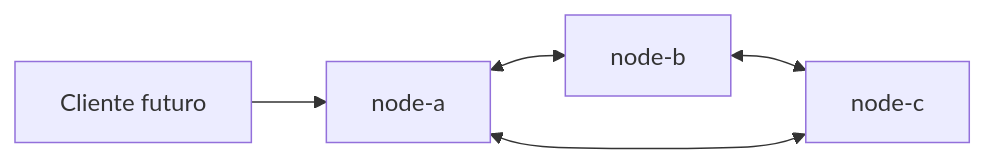
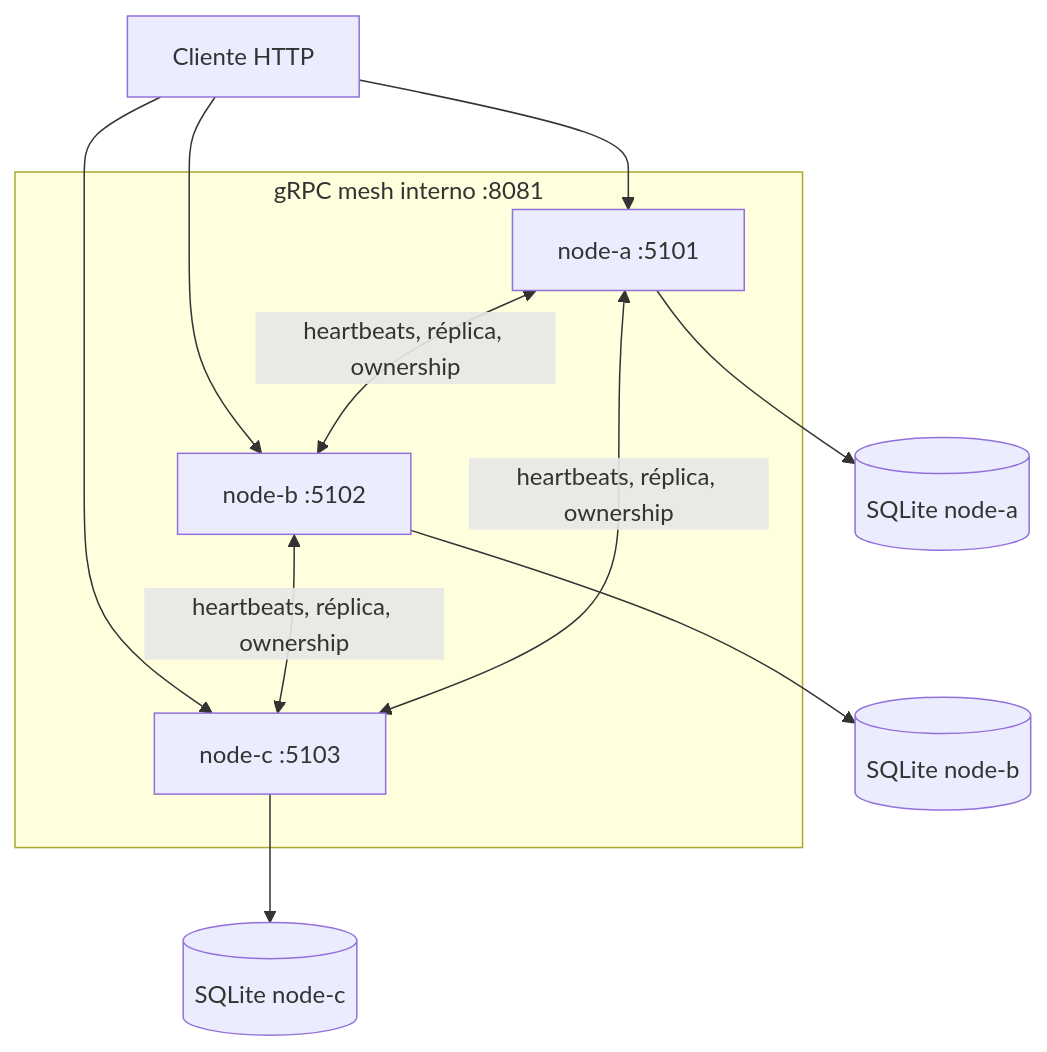
One commit to JuanJosec202/SolidarityGrid changed the diagram in README.md. Above: the diagram before and after it, drawn with Mermaid. The commit also changed other lines of this file and 9 other files, not shown here.

````diff
--- a/README.md
+++ b/README.md
@@ -397,7 +87,16 @@
 ```mermaid
-graph LR
-    Client[Cliente futuro] --> A[node-a]
-    A <--> B[node-b]
-    B <--> C[node-c]
-    C <--> A
+flowchart TB
+    Client[Cliente HTTP] --> A[node-a :5101]
+    Client --> B[node-b :5102]
+    Client --> C[node-c :5103]
+
+    subgraph Mesh["gRPC mesh interno :8081"]
+        A <-->|heartbeats, réplica, ownership| B
+        B <-->|heartbeats, réplica, ownership| C
+        C <-->|heartbeats, réplica, ownership| A
+    end
+
+    A --> DA[(SQLite node-a)]
+    B --> DB[(SQLite node-b)]
+    C --> DC[(SQLite node-c)]
 ```
````
